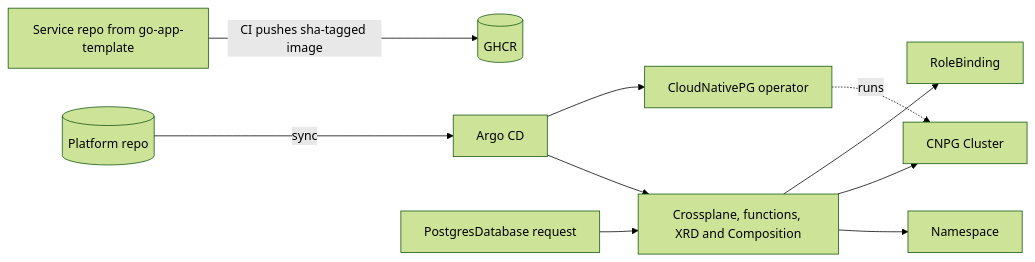
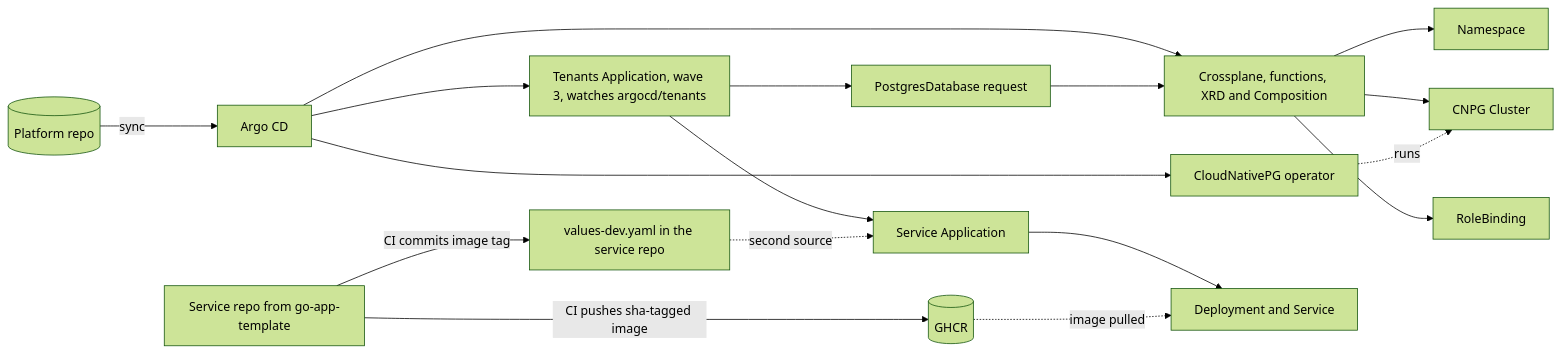
Before and after one commit to rcarlson-devops/self-service-idp: the diagram in README.md, drawn with Mermaid (forest theme). The commit also changed other lines of this file, not shown here.

````diff
--- a/README.md
+++ b/README.md
@@ -71,12 +73,19 @@
 ```mermaid
 flowchart LR
     Svc[Service repo from go-app-template] -->|CI pushes sha-tagged image| GHCR[(GHCR)]
+    Svc -->|CI commits image tag| Vals[values-dev.yaml in the service repo]
     Git[(Platform repo)] -->|sync| Argo[Argo CD]
     Argo --> CP[Crossplane, functions, XRD and Composition]
     Argo --> CNPG[CloudNativePG operator]
-    Req[PostgresDatabase request] --> CP
+    Argo --> Ten[Tenants Application, wave 3, watches argocd/tenants]
+    Ten --> App[Service Application]
+    Ten --> Req[PostgresDatabase request]
+    Vals -.->|second source| App
+    App --> Dep[Deployment and Service]
+    GHCR -.->|image pulled| Dep
+    Req --> CP
     CP --> NS[Namespace]
     CP --> DB[CNPG Cluster]
     CP --> RB[RoleBinding]
     CNPG -.->|runs| DB
 ```
````
